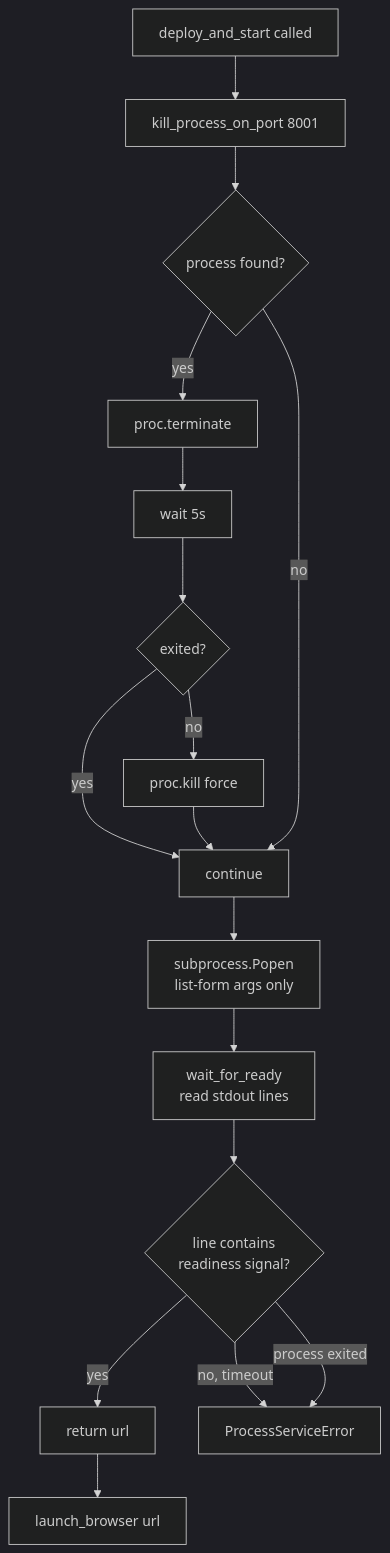
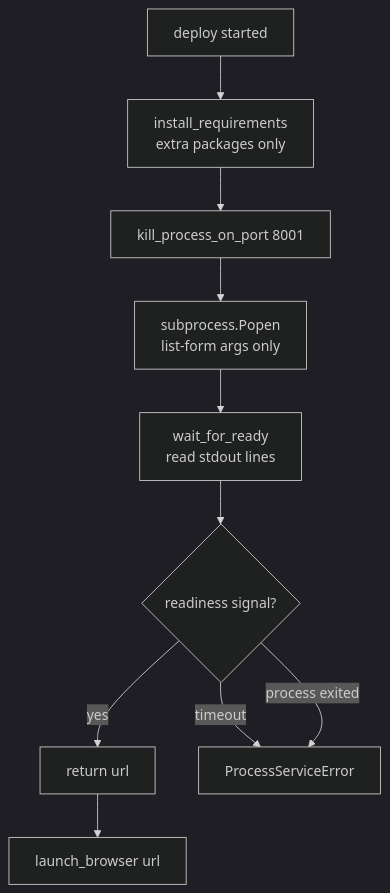
Before and after one commit to DXCSithlordPadawan/planforaplan: the seventh of 12 diagrams in app/docs/01-ARCHITECTURE.md, drawn with Mermaid (dark theme). The commit also changed other lines of this file and 10 other files, not shown here.

````diff
--- a/app/docs/01-ARCHITECTURE.md
+++ b/app/docs/01-ARCHITECTURE.md
@@ -450,19 +475,12 @@
 ```mermaid
 flowchart TD
-    A[deploy_and_start called] --> B[kill_process_on_port 8001]
-    B --> C{process found?}
-    C -->|yes| D[proc.terminate]
-    D --> E[wait 5s]
-    E --> F{exited?}
-    F -->|no| G[proc.kill force]
-    F -->|yes| H[continue]
-    G --> H
-    C -->|no| H
-    H --> I[subprocess.Popen\nlist-form args only]
-    I --> J[wait_for_ready\nread stdout lines]
-    J --> K{line contains\nreadiness signal?}
-    K -->|yes| L[return url]
-    K -->|no, timeout| M[ProcessServiceError]
-    K -->|process exited| M
-    L --> N[launch_browser url]
+    A[deploy started] --> B[install_requirements\nextra packages only]
+    B --> C[kill_process_on_port 8001]
+    C --> D[subprocess.Popen\nlist-form args only]
+    D --> E[wait_for_ready\nread stdout lines]
+    E --> F{readiness signal?}
+    F -->|yes| G[return url]
+    F -->|timeout| H[ProcessServiceError]
+    F -->|process exited| H
+    G --> I[launch_browser url]
 ```
````
